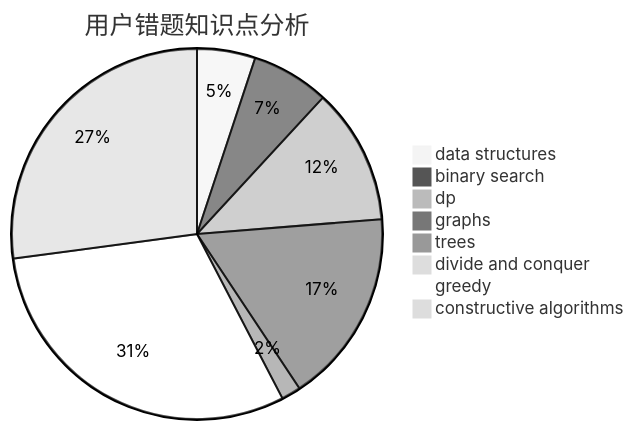
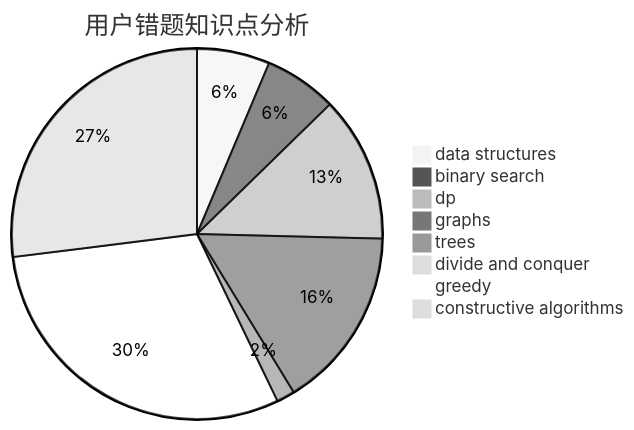
Before and after one commit to sherpahu/cfrs.github.io: the third of 3 diagrams in docs/user/u2246.md, drawn with Mermaid (neutral theme). The commit also changed other lines of this file and 2770 other files, not shown here.

````diff
--- a/docs/user/u2246.md
+++ b/docs/user/u2246.md
@@ -36,11 +36,11 @@
 ```mermaid
 pie title 用户错题知识点分析
-    "data structures" :  3
+    "data structures" :  4
     "binary search" :  4
-    "dp" :  7
+    "dp" :  8
     "graphs" :  10
     "trees" :  1
     "divide and conquer" :  0
-    "greedy" :  18
-    "constructive algorithms" :  16
+    "greedy" :  19
+    "constructive algorithms" :  17
 ```
````
